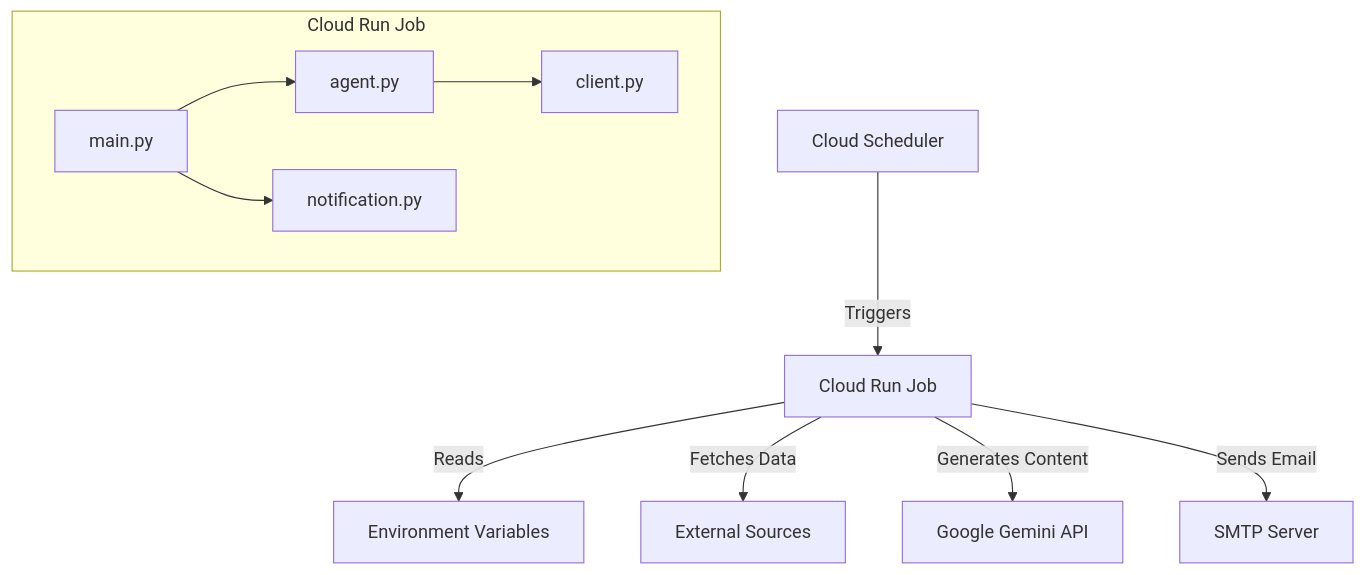
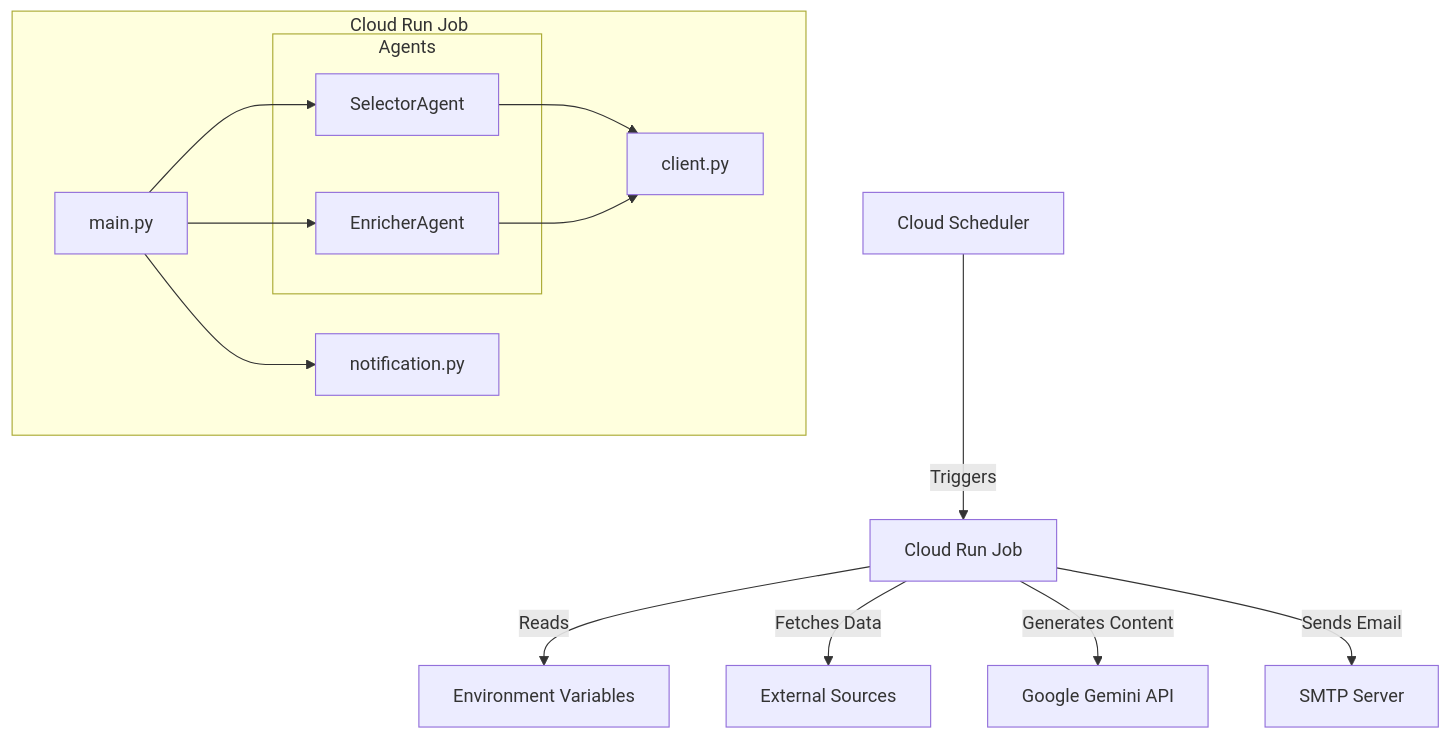
One commit to xPierG/morning_digest changed the diagram in docs/ARCHITECTURE.md. Above: the diagram before and after it, drawn with Mermaid. The commit also changed other lines of this file and 2 other files, not shown here.

````diff
--- a/docs/ARCHITECTURE.md
+++ b/docs/ARCHITECTURE.md
@@ -11,19 +11,24 @@
 ```mermaid
 graph TD
     Scheduler[Cloud Scheduler] -->|Triggers| Job[Cloud Run Job]
     Job -->|Reads| Env[Environment Variables]
     Job -->|Fetches Data| Sources[External Sources]
     Job -->|Generates Content| LLM[Google Gemini API]
     Job -->|Sends Email| SMTP[SMTP Server]
     
     subgraph Cloud Run Job
         Main[main.py]
-        Agent[agent.py]
+        subgraph Agents
+            Selector[SelectorAgent]
+            Enricher[EnricherAgent]
+        end
         Client[client.py]
         Notify[notification.py]
     end
     
-    Main --> Agent
-    Agent --> Client
+    Main --> Selector
+    Main --> Enricher
+    Selector --> Client
+    Enricher --> Client
     Main --> Notify
 ```
````
